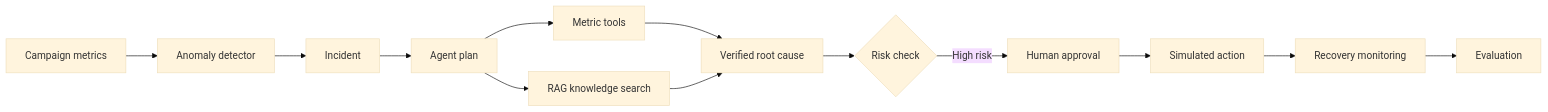
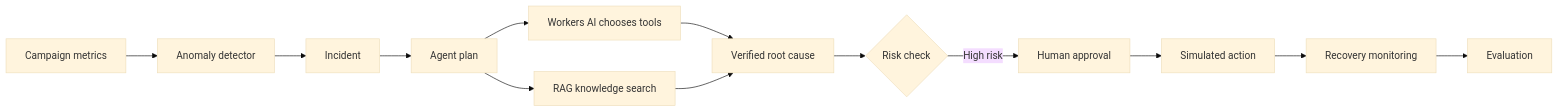
One commit to kaiying-coder/adpilot changed the first of 2 diagrams in README.md. Above: the diagram before and after it, drawn with Mermaid (base theme). The commit also changed other lines of this file and 13 other files, not shown here.

````diff
--- a/README.md
+++ b/README.md
@@ -54,15 +55,15 @@
 ```mermaid
 flowchart LR
   A[Campaign metrics] --> B[Anomaly detector]
   B --> C[Incident]
   C --> D[Agent plan]
-  D --> E[Metric tools]
+  D --> E[Workers AI chooses tools]
   D --> F[RAG knowledge search]
   E --> G[Verified root cause]
   F --> G
   G --> H{Risk check}
   H -->|High risk| I[Human approval]
   I --> J[Simulated action]
   J --> K[Recovery monitoring]
   K --> L[Evaluation]
 ```
````
